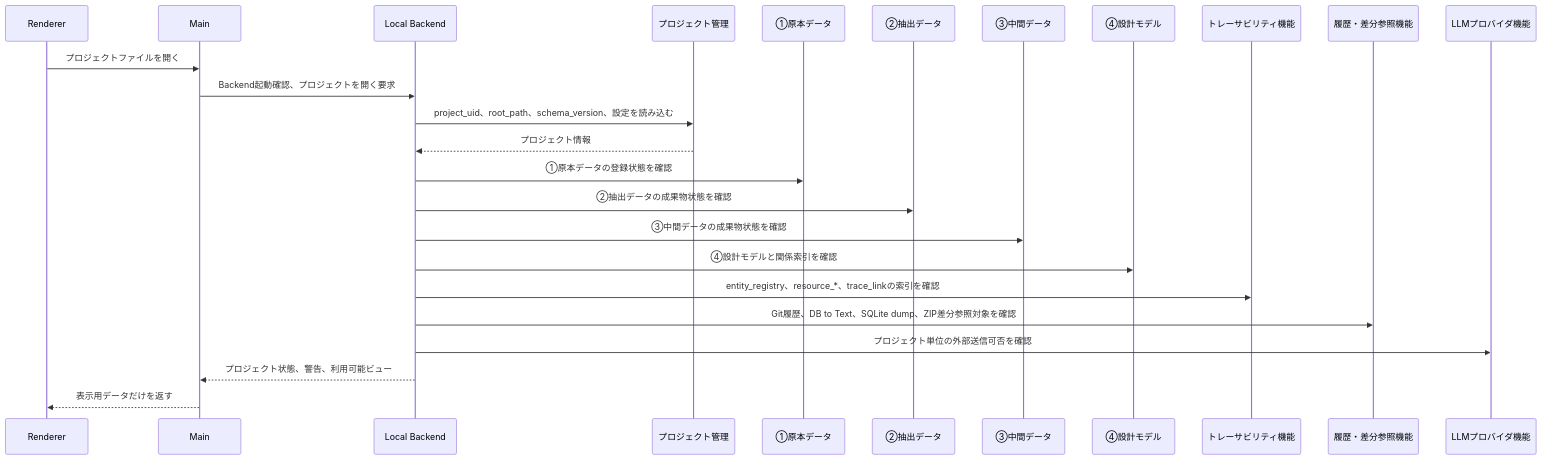
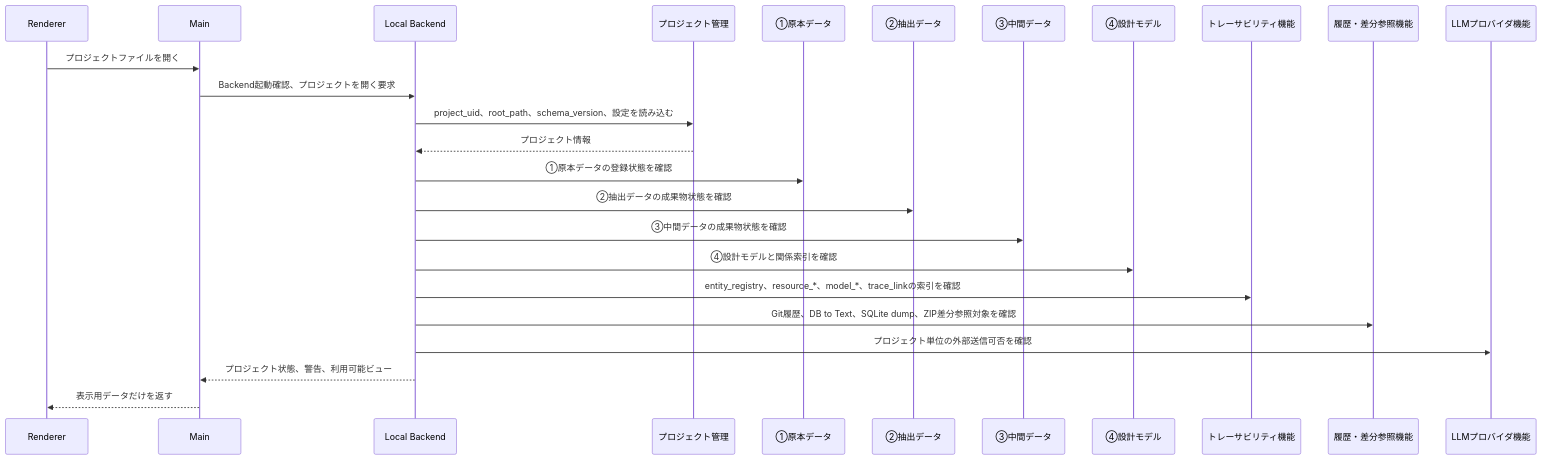
Before and after one commit to kfuruichi0920/d2d: the third of 9 diagrams in docs/sdd_function_architecture.md, drawn with Mermaid. The commit also changed other lines of this file and 62 other files, not shown here.

````diff
--- a/docs/sdd_function_architecture.md
+++ b/docs/sdd_function_architecture.md
@@ -297,28 +297,28 @@
 ```mermaid
 sequenceDiagram
     participant UI as Renderer
     participant Main as Main
     participant Host as Local Backend
     participant Project as プロジェクト管理
     participant Source as ①原本データ
     participant Extracted as ②抽出データ
     participant IntermediateData as ③中間データ
     participant DesignModel as ④設計モデル
     participant Trace as トレーサビリティ機能
     participant History as 履歴・差分参照機能
     participant LLM as LLMプロバイダ機能
 
     UI->>Main: プロジェクトファイルを開く
     Main->>Host: Backend起動確認、プロジェクトを開く要求
     Host->>Project: project_uid、root_path、schema_version、設定を読み込む
     Project-->>Host: プロジェクト情報
     Host->>Source: ①原本データの登録状態を確認
     Host->>Extracted: ②抽出データの成果物状態を確認
     Host->>IntermediateData: ③中間データの成果物状態を確認
     Host->>DesignModel: ④設計モデルと関係索引を確認
-    Host->>Trace: entity_registry、resource_*、trace_linkの索引を確認
+    Host->>Trace: entity_registry、resource_*、model_*、trace_linkの索引を確認
     Host->>History: Git履歴、DB to Text、SQLite dump、ZIP差分参照対象を確認
     Host->>LLM: プロジェクト単位の外部送信可否を確認
     Host-->>Main: プロジェクト状態、警告、利用可能ビュー
     Main-->>UI: 表示用データだけを返す
 ```
````
